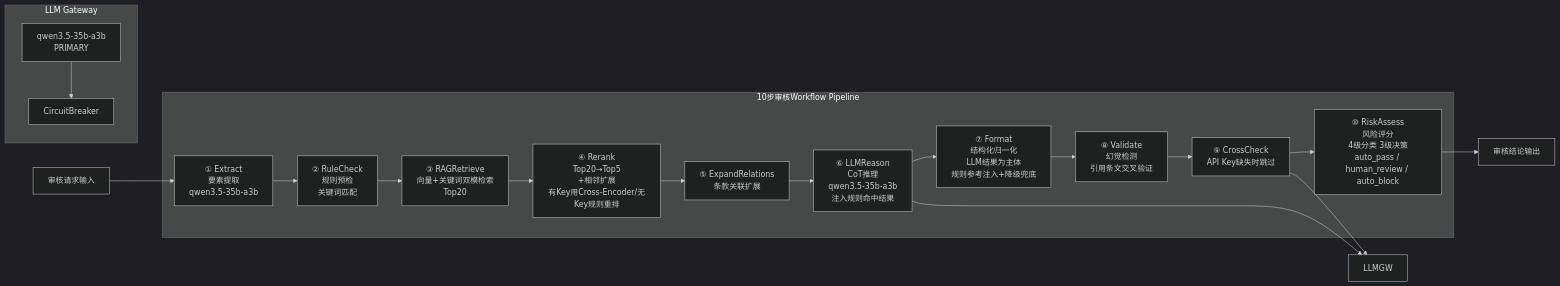
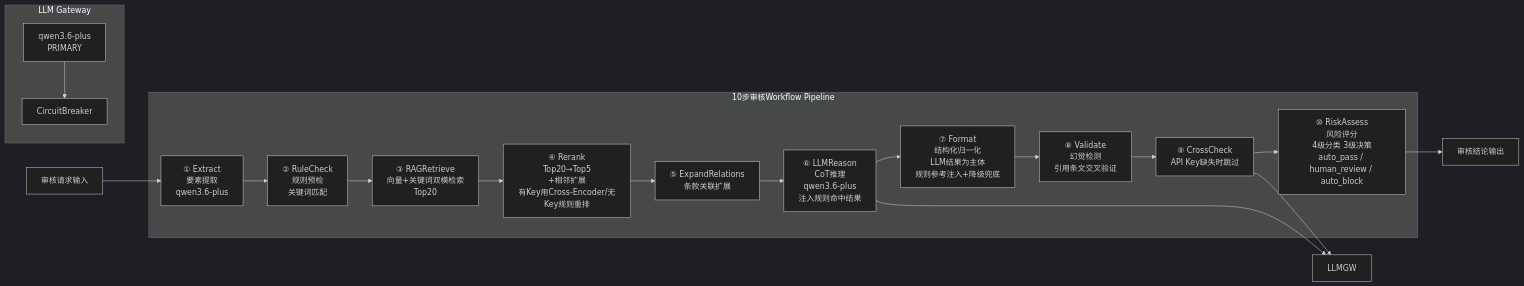
Before and after one commit to elaine2233/AI-Agent-RAG-for-complaince: the third of 5 diagrams in docs/archive/architecture-demo.md, drawn with Mermaid (dark theme). The commit also changed other lines of this file and 9 other files, not shown here.

````diff
--- a/docs/archive/architecture-demo.md
+++ b/docs/archive/architecture-demo.md
@@ -160,25 +160,25 @@
 ```mermaid
 flowchart LR
     INPUT[审核请求输入] --> E1
 
     subgraph pipeline [10步审核Workflow Pipeline]
-        E1[① Extract<br/>要素提取<br/>qwen3.5-35b-a3b] --> E2[② RuleCheck<br/>规则预检<br/>关键词匹配]
+        E1[① Extract<br/>要素提取<br/>qwen3.6-plus] --> E2[② RuleCheck<br/>规则预检<br/>关键词匹配]
         E2 --> E3[③ RAGRetrieve<br/>向量+关键词双模检索<br/>Top20]
         E3 --> E4[④ Rerank<br/>Top20→Top5<br/>+相邻扩展<br/>有Key用Cross-Encoder/无Key规则重排]
         E4 --> E5[⑤ ExpandRelations<br/>条款关联扩展]
-        E5 --> E6[⑥ LLMReason<br/>CoT推理<br/>qwen3.5-35b-a3b<br/>注入规则命中结果]
+        E5 --> E6[⑥ LLMReason<br/>CoT推理<br/>qwen3.6-plus<br/>注入规则命中结果]
         E6 --> E7[⑦ Format<br/>结构化归一化<br/>LLM结果为主体<br/>规则参考注入+降级兜底]
         E7 --> E8[⑧ Validate<br/>幻觉检测<br/>引用条文交叉验证]
         E8 --> E9[⑨ CrossCheck<br/>API Key缺失时跳过]
         E9 --> E10[⑩ RiskAssess<br/>风险评分<br/>4级分类 3级决策<br/>auto_pass / human_review / auto_block]
     end
 
     E6 --> LLMGW
     E9 --> LLMGW
 
     subgraph llmgw [LLM Gateway]
-        QF[qwen3.5-35b-a3b<br/>PRIMARY] --> CB1[CircuitBreaker]
+        QF[qwen3.6-plus<br/>PRIMARY] --> CB1[CircuitBreaker]
     end
 
     E10 --> OUTPUT[审核结论输出]
 ```
````
